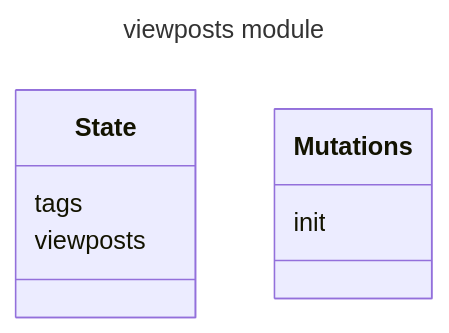
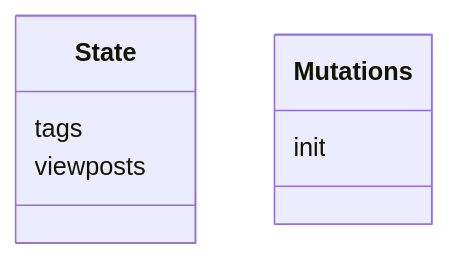
The second of 2 diagrams in README.md (f2xiao/site), drawn with Mermaid before and after one commit. The commit also changed other lines of this file, not shown here.

````diff
--- a/README.md
+++ b/README.md
@@ -20,11 +17,8 @@
 ```mermaid
----
-title: viewposts module
----
 classDiagram
   class State
   State : tags
   State : viewposts
   class Mutations
   Mutations : init
 ```
````
